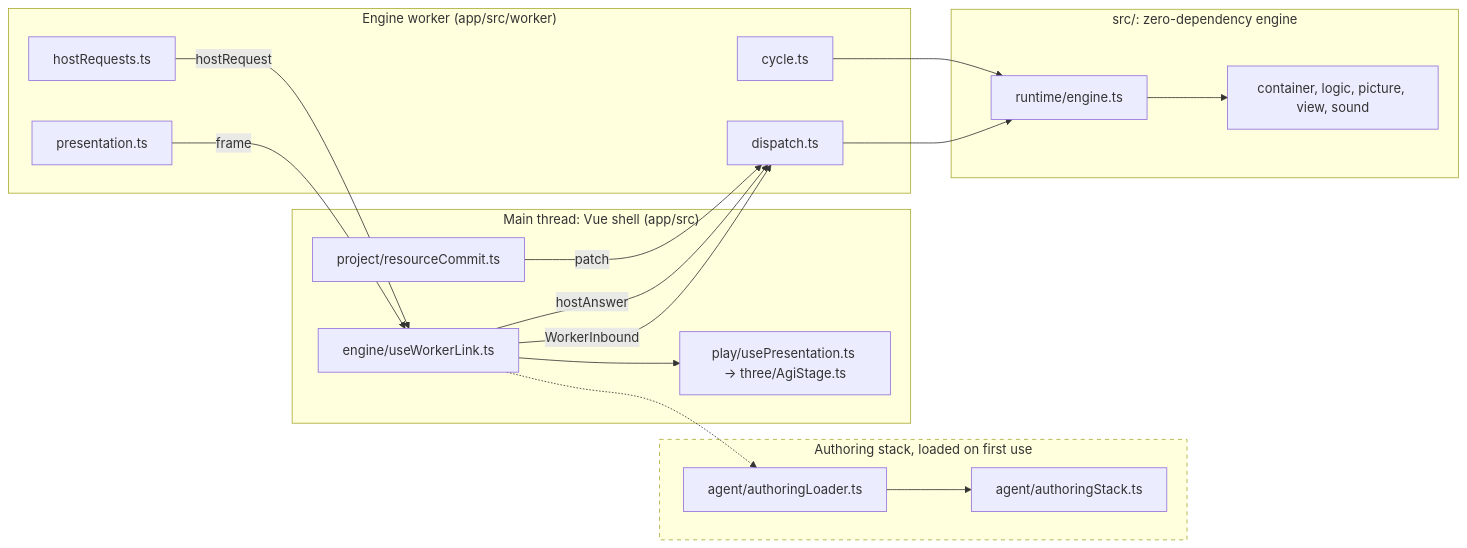
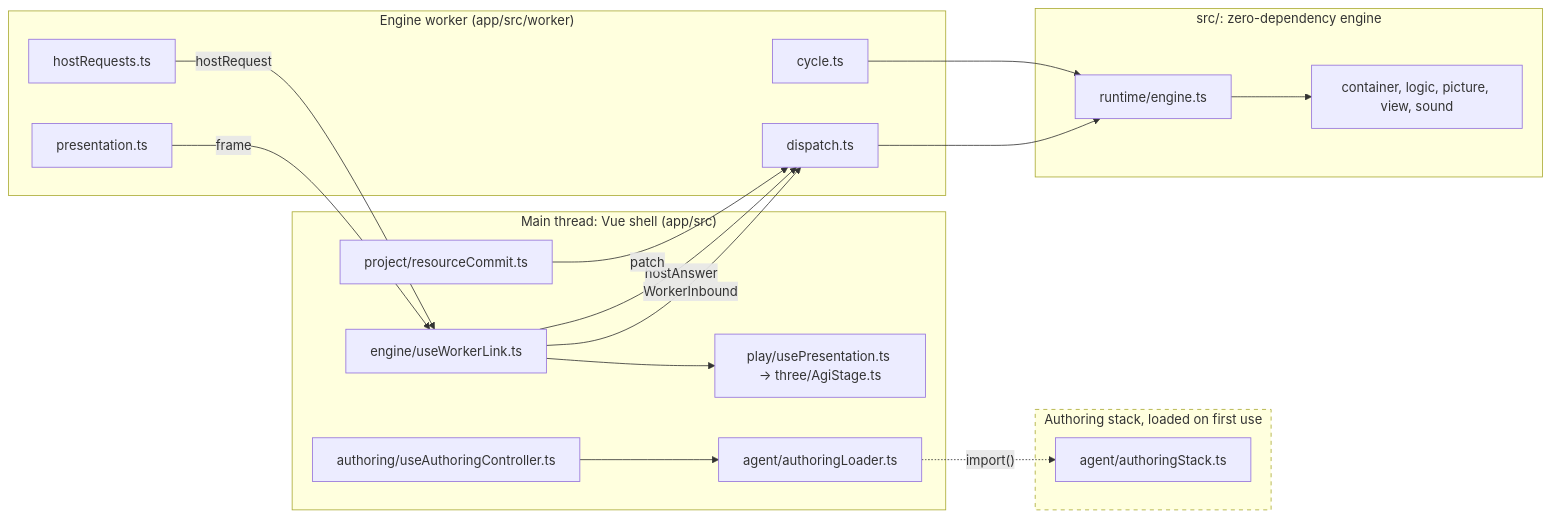
Before and after one commit to monotio/agi: the diagram in CONTRIBUTING.md, drawn with Mermaid. The commit also changed other lines of this file, not shown here.

Commit message:
docs: the authoring loader belongs to the shell; running without a key
The diagram shows the authoring controller importing the loader, which
imports the stack on first use; the Studio tool recipe names studioHelp.ts
for help text; and CONTRIBUTING says how to run with the offline stub.

Claude-Session: https://claude.ai/code/session_013eG94d83w7WUQJkTvPLo3r

````diff
--- a/CONTRIBUTING.md
+++ b/CONTRIBUTING.md
@@ -134,32 +137,35 @@
 ```mermaid
 flowchart LR
   subgraph shell["Main thread: Vue shell (app/src)"]
     link["engine/useWorkerLink.ts"]
     present["play/usePresentation.ts → three/AgiStage.ts"]
     commit["project/resourceCommit.ts"]
+    authoring["authoring/useAuthoringController.ts"]
+    loader["agent/authoringLoader.ts"]
   end
   subgraph lazy["Authoring stack, loaded on first use"]
-    loader["agent/authoringLoader.ts"] --> stack["agent/authoringStack.ts"]
+    stack["agent/authoringStack.ts"]
   end
   subgraph worker["Engine worker (app/src/worker)"]
     dispatch["dispatch.ts"]
     cycle["cycle.ts"]
     presentation["presentation.ts"]
     hostRequests["hostRequests.ts"]
   end
   subgraph engine["src/: zero-dependency engine"]
     runtime["runtime/engine.ts"]
     formats["container, logic, picture, view, sound"]
   end
   link -->|WorkerInbound| dispatch
   presentation -->|frame| link
   hostRequests -->|hostRequest| link
   link -->|hostAnswer| dispatch
   commit -->|patch| dispatch
-  link -.-> loader
+  authoring --> loader
+  loader -.->|"import()"| stack
   link --> present
   dispatch --> runtime
   cycle --> runtime
   runtime --> formats
   style lazy stroke-dasharray: 5 5
 ```
````
